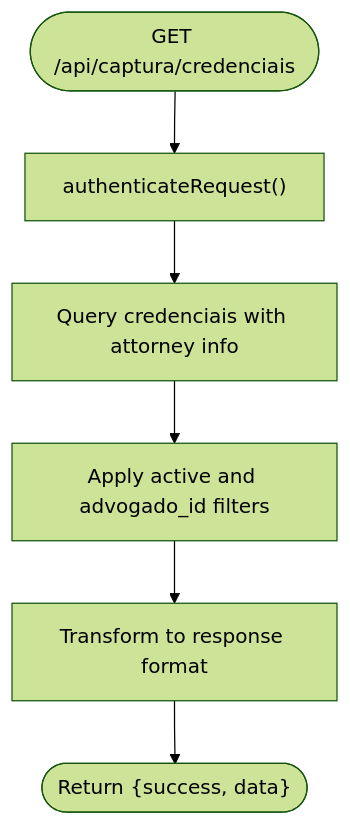
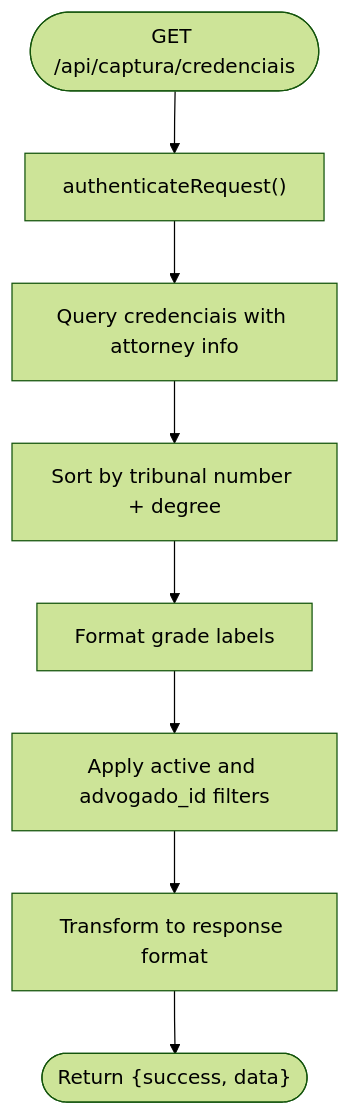
One commit to SinesysTech/zattar-os changed the seventh of 10 diagrams in .qoder/repowiki/en/content/API Reference/REST API Endpoints/Data Capture APIs.md. Above: the diagram before and after it, drawn with Mermaid (forest theme). The commit also changed other lines of this file and 3 other files, not shown here.

````diff
--- a/.qoder/repowiki/en/content/API Reference/REST API Endpoints/Data Capture APIs.md
+++ b/.qoder/repowiki/en/content/API Reference/REST API Endpoints/Data Capture APIs.md
@@ -338,8 +384,10 @@
 ```mermaid
 flowchart TD
 Start(["GET /api/captura/credenciais"]) --> Auth["authenticateRequest()"]
 Auth --> Query["Query credenciais with attorney info"]
-Query --> Filter["Apply active and advogado_id filters"]
+Query --> Sort["Sort by tribunal number + degree"]
+Sort --> Format["Format grade labels"]
+Format --> Filter["Apply active and advogado_id filters"]
 Filter --> Transform["Transform to response format"]
 Transform --> Return(["Return {success, data}"])
 ```
````
